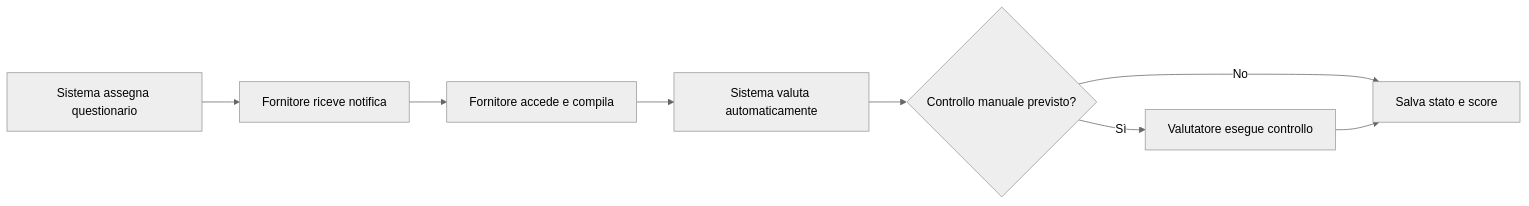
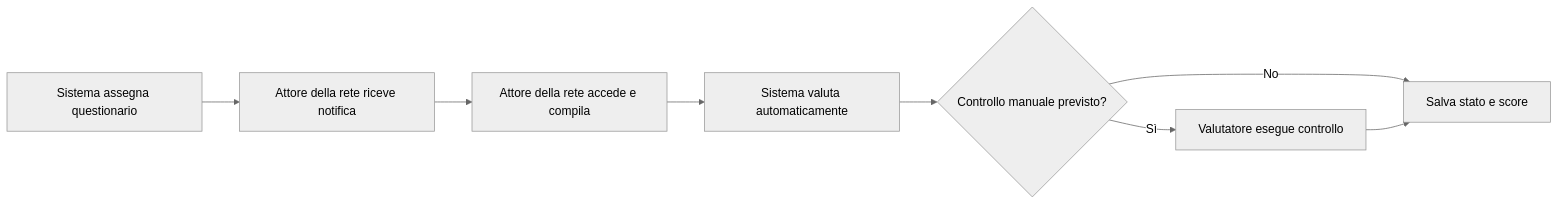
Before and after one commit to marcocastellani/supplerPortal: the second of 4 diagrams in docs/02 - Diagrammi_Flussi_Gestione_Fornitori.md, drawn with Mermaid (neutral theme). The commit also changed other lines of this file and 4 other files, not shown here.

````diff
--- a/docs/02 - Diagrammi_Flussi_Gestione_Fornitori.md
+++ b/docs/02 - Diagrammi_Flussi_Gestione_Fornitori.md
@@ -22,10 +22,10 @@
 ```mermaid
 flowchart LR
-    A[Sistema assegna questionario] --> B[Fornitore riceve notifica]
-    B --> C[Fornitore accede e compila]
+    A[Sistema assegna questionario] --> B[Attore della rete riceve notifica]
+    B --> C[Attore della rete accede e compila]
     C --> D[Sistema valuta automaticamente]
     D --> E{Controllo manuale previsto?}
     E -- No --> G[Salva stato e score]
     E -- Sì --> F[Valutatore esegue controllo]
     F --> G
 ```
````
